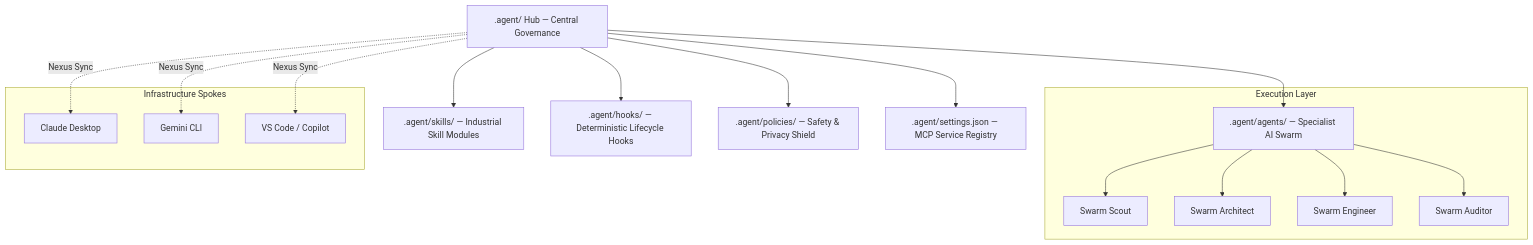
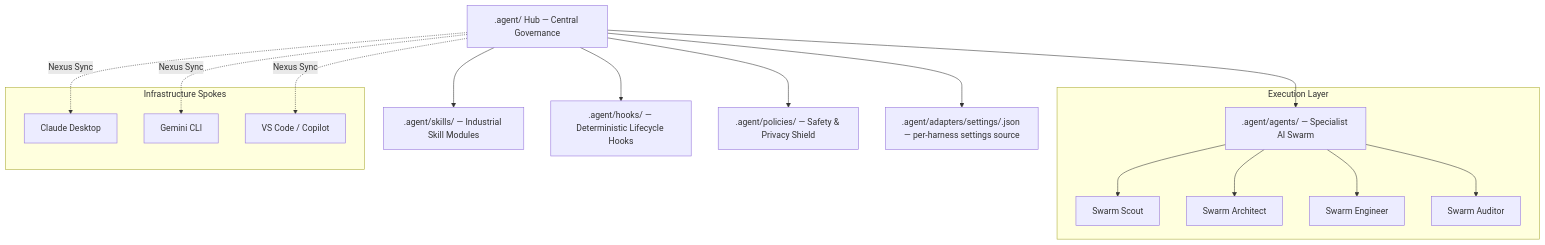
One commit to rb1whitney/agentic-project-factory changed the diagram in README.md. Above: the diagram before and after it, drawn with Mermaid. The commit also changed 26 other files, not shown here.

First line of the commit message:
refactor(adapters): make .agent the sole source; hydrate agents, skills, settings at boot

````diff
--- a/README.md
+++ b/README.md
@@ -9,27 +9,27 @@
 ```mermaid
 graph TD
     HUB[".agent/ Hub — Central Governance"]
 
     HUB --> AGENTS[".agent/agents/ — Specialist AI Swarm"]
     HUB --> SKILLS[".agent/skills/ — Industrial Skill Modules"]
     HUB --> HOOKS[".agent/hooks/ — Deterministic Lifecycle Hooks"]
     HUB --> POLICIES[".agent/policies/ — Safety & Privacy Shield"]
-    HUB --> SETTINGS[".agent/settings.json — MCP Service Registry"]
+    HUB --> SETTINGS[".agent/adapters/settings/<harness>.json — per-harness settings source"]
 
     subgraph "Execution Layer"
         AGENTS --> SCOUT["Swarm Scout"]
         AGENTS --> ARCH["Swarm Architect"]
         AGENTS --> ENG["Swarm Engineer"]
         AGENTS --> AUD["Swarm Auditor"]
     end
 
     subgraph "Infrastructure Spokes"
         IDE_C["Claude Desktop"]
         IDE_G["Gemini CLI"]
         IDE_VS["VS Code / Copilot"]
     end
 
     HUB -.->|Nexus Sync| IDE_C
     HUB -.->|Nexus Sync| IDE_G
     HUB -.->|Nexus Sync| IDE_VS
 ```
````
